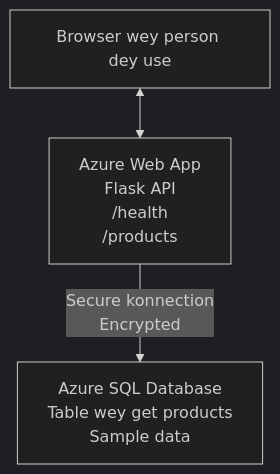
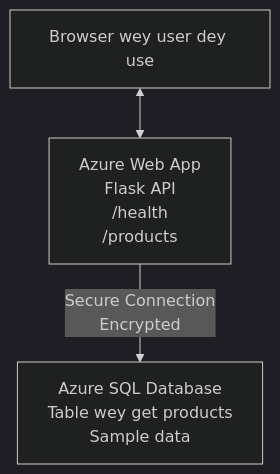
The diagram in translations/pcm/examples/database-app/README.md (microsoft/AZD-for-beginners), drawn with Mermaid (dark theme) before and after one commit. The commit also changed other lines of this file and 104 other files, not shown here.

````diff
--- a/translations/pcm/examples/database-app/README.md
+++ b/translations/pcm/examples/database-app/README.md
@@ -72,5 +72,5 @@
 ```mermaid
 graph TD
-    Browser[Browser wey person dey use] <--> WebApp[Azure Web App<br/>Flask API<br/>/health<br/>/products]
-    WebApp -- Secure konnection<br/>Encrypted --> SQL[Azure SQL Database<br/>Table wey get products<br/>Sample data]
+    Browser[Browser wey user dey use] <--> WebApp[Azure Web App<br/>Flask API<br/>/health<br/>/products]
+    WebApp -- Secure Connection<br/>Encrypted --> SQL[Azure SQL Database<br/>Table wey get products<br/>Sample data]
 ```
````
